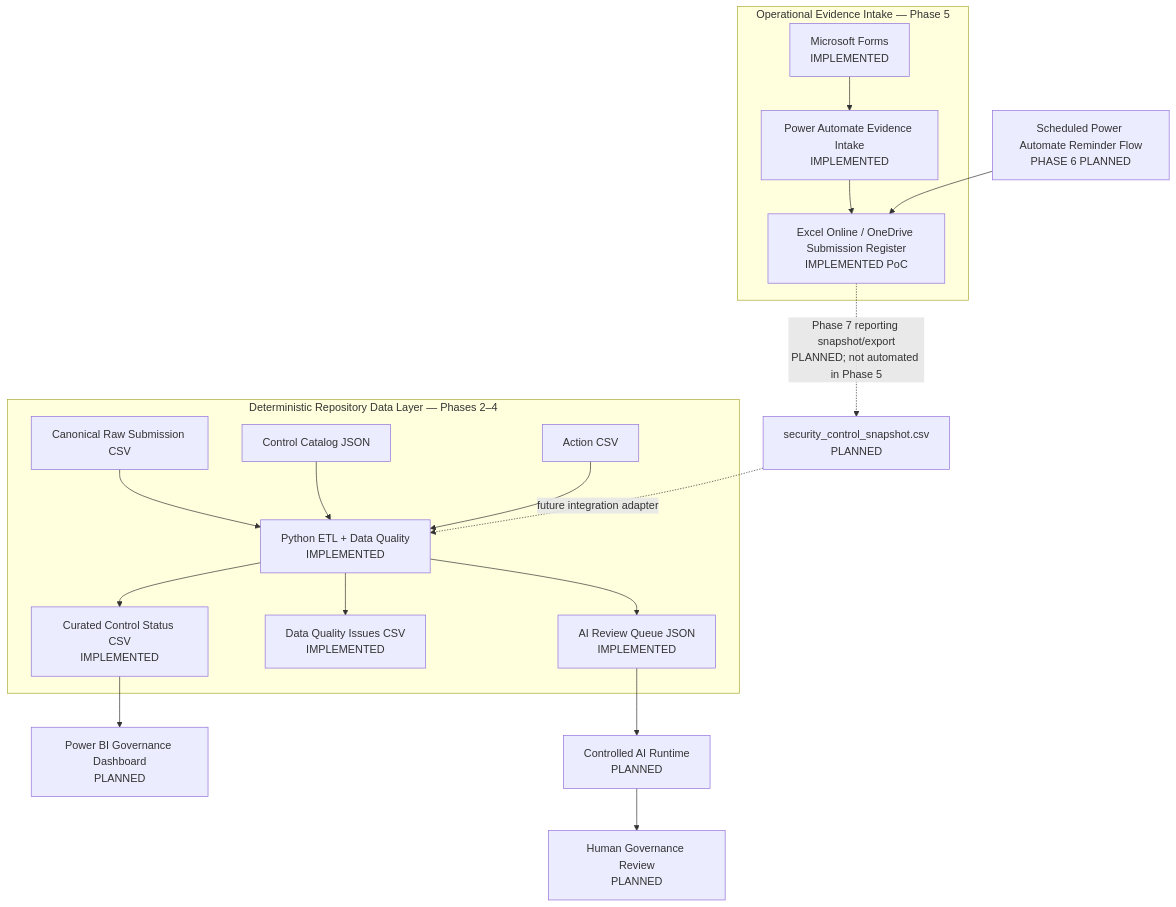
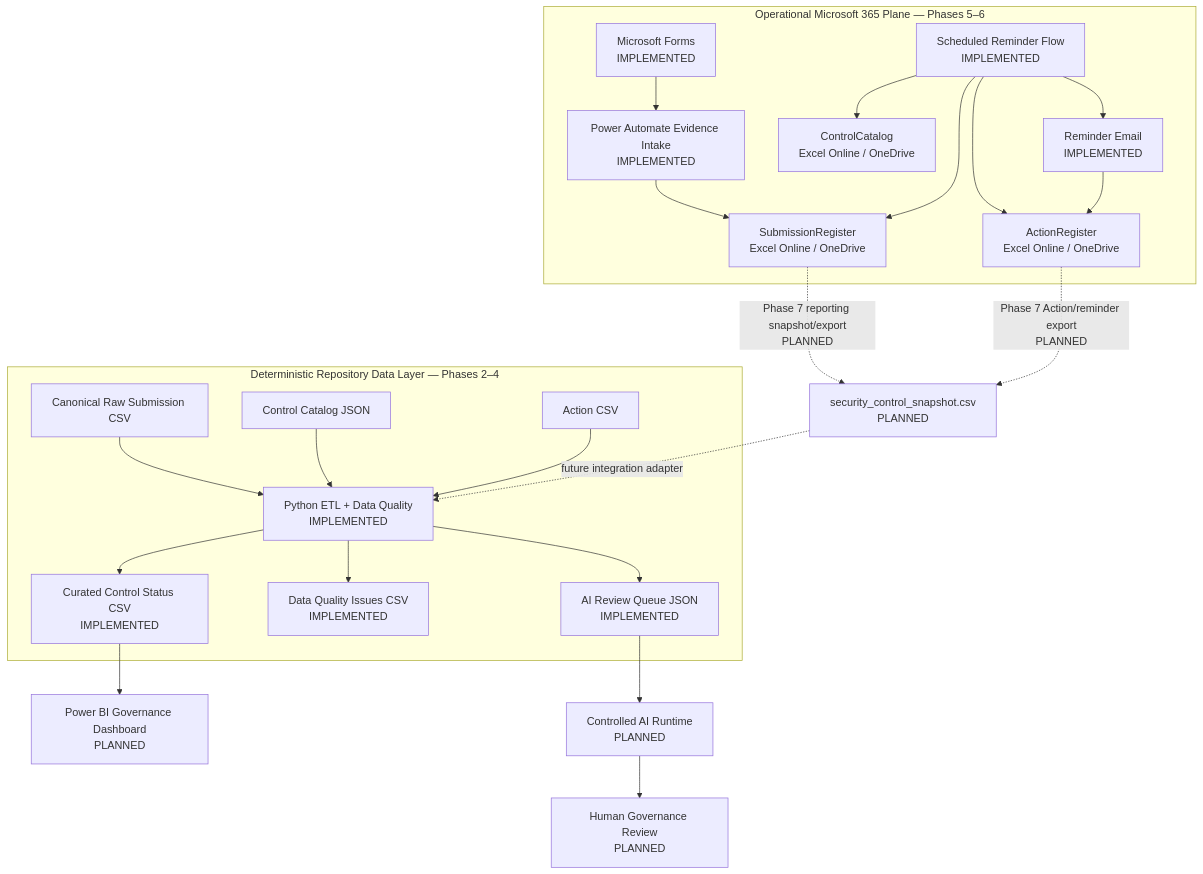
Before and after one commit to gw-ai-security/cyber-governance-automation-lab: the first of 4 diagrams in docs/architecture.md, drawn with Mermaid. The commit also changed other lines of this file, not shown here.

Commit message:
docs: update architecture for Phase 6

````diff
--- a/docs/architecture.md
+++ b/docs/architecture.md
@@ -44,24 +45,30 @@
 ```mermaid
 flowchart TD
-    subgraph OP[Operational Evidence Intake — Phase 5]
+    subgraph OP[Operational Microsoft 365 Plane — Phases 5–6]
         A[Microsoft Forms<br/>IMPLEMENTED] --> B[Power Automate Evidence Intake<br/>IMPLEMENTED]
-        B --> C[Excel Online / OneDrive Submission Register<br/>IMPLEMENTED PoC]
+        B --> C[SubmissionRegister<br/>Excel Online / OneDrive]
+
+        D[Scheduled Reminder Flow<br/>IMPLEMENTED] --> C
+        D --> E[ControlCatalog<br/>Excel Online / OneDrive]
+        D --> F[ActionRegister<br/>Excel Online / OneDrive]
+        D --> G[Reminder Email<br/>IMPLEMENTED]
+        G --> F
     end
 
     subgraph REPO[Deterministic Repository Data Layer — Phases 2–4]
-        D[Canonical Raw Submission CSV] --> F[Python ETL + Data Quality<br/>IMPLEMENTED]
-        E[Control Catalog JSON] --> F
-        G[Action CSV] --> F
-        F --> H[Curated Control Status CSV<br/>IMPLEMENTED]
-        F --> I[Data Quality Issues CSV<br/>IMPLEMENTED]
-        F --> J[AI Review Queue JSON<br/>IMPLEMENTED]
+        H[Canonical Raw Submission CSV] --> K[Python ETL + Data Quality<br/>IMPLEMENTED]
+        I[Control Catalog JSON] --> K
+        J[Action CSV] --> K
+        K --> L[Curated Control Status CSV<br/>IMPLEMENTED]
+        K --> M[Data Quality Issues CSV<br/>IMPLEMENTED]
+        K --> N[AI Review Queue JSON<br/>IMPLEMENTED]
     end
 
-    C -. Phase 7 reporting snapshot/export<br/>PLANNED; not automated in Phase 5 .-> S[security_control_snapshot.csv<br/>PLANNED]
-    S -. future integration adapter .-> F
+    C -. Phase 7 reporting snapshot/export<br/>PLANNED .-> S[security_control_snapshot.csv<br/>PLANNED]
+    F -. Phase 7 Action/reminder export<br/>PLANNED .-> S
+    S -. future integration adapter .-> K
 
-    H --> K[Power BI Governance Dashboard<br/>PLANNED]
-    J --> L[Controlled AI Runtime<br/>PLANNED]
-    L --> M[Human Governance Review<br/>PLANNED]
-    N[Scheduled Power Automate Reminder Flow<br/>PHASE 6 PLANNED] --> C
+    L --> P[Power BI Governance Dashboard<br/>PLANNED]
+    N --> Q[Controlled AI Runtime<br/>PLANNED]
+    Q --> R[Human Governance Review<br/>PLANNED]
 ```
````
